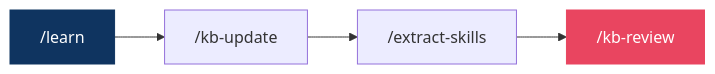
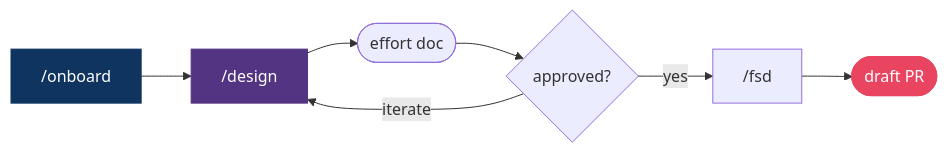
The fourth of 7 diagrams in README.md (anels/nase), drawn with Mermaid before and after one commit. The commit also changed other lines of this file, not shown here.

First line of the commit message:
docs(readme): update use cases section and improve flowcharts (#41)

````diff
--- a/README.md
+++ b/README.md
@@ -166,6 +205,12 @@
 ```mermaid
 flowchart LR
-    A["/learn"] --> B["/kb-update"] --> C["/extract-skills"] --> D["/kb-review"]
+    A["/onboard"] --> B["/design"]
+    B --> C(["effort doc"])
+    C --> D{approved?}
+    D -- iterate --> B
+    D -- yes --> E["/fsd"]
+    E --> F(["draft PR"])
     style A fill:#0f3460,stroke:#0f3460,color:#fff
-    style D fill:#e94560,stroke:#e94560,color:#fff
+    style B fill:#533483,stroke:#533483,color:#fff
+    style F fill:#e94560,stroke:#e94560,color:#fff
 ```
````
